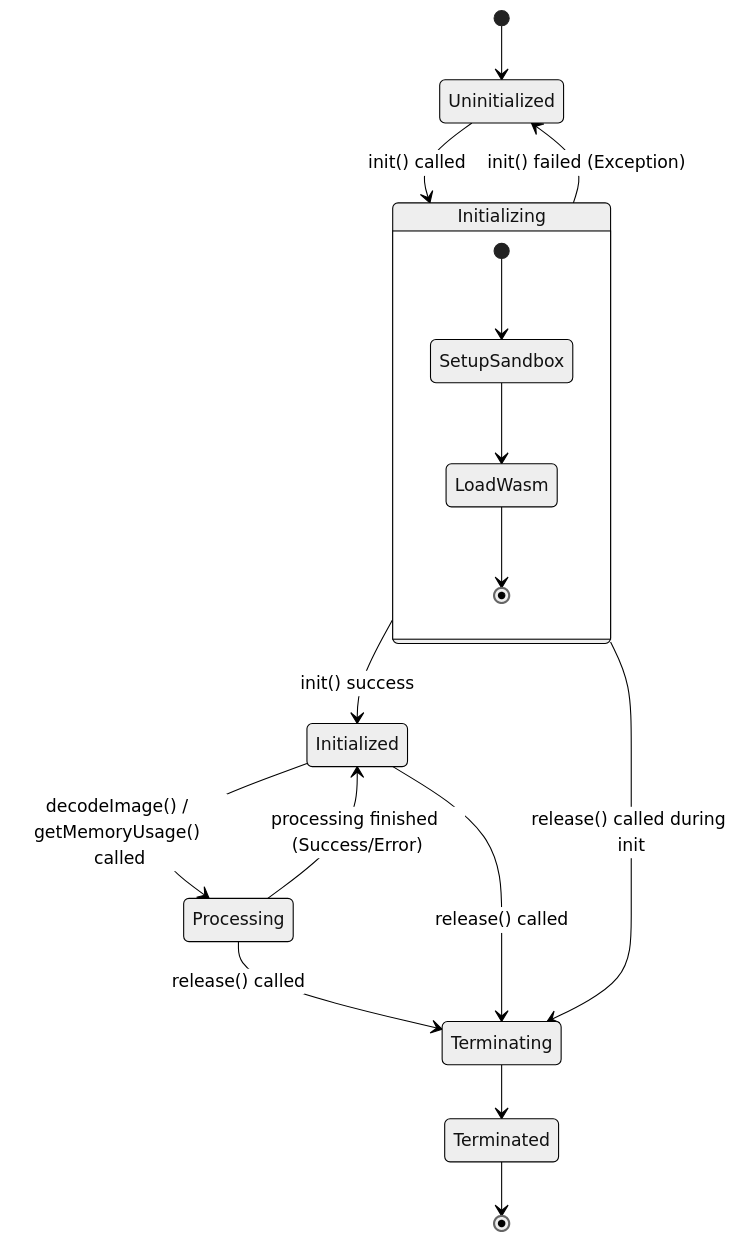
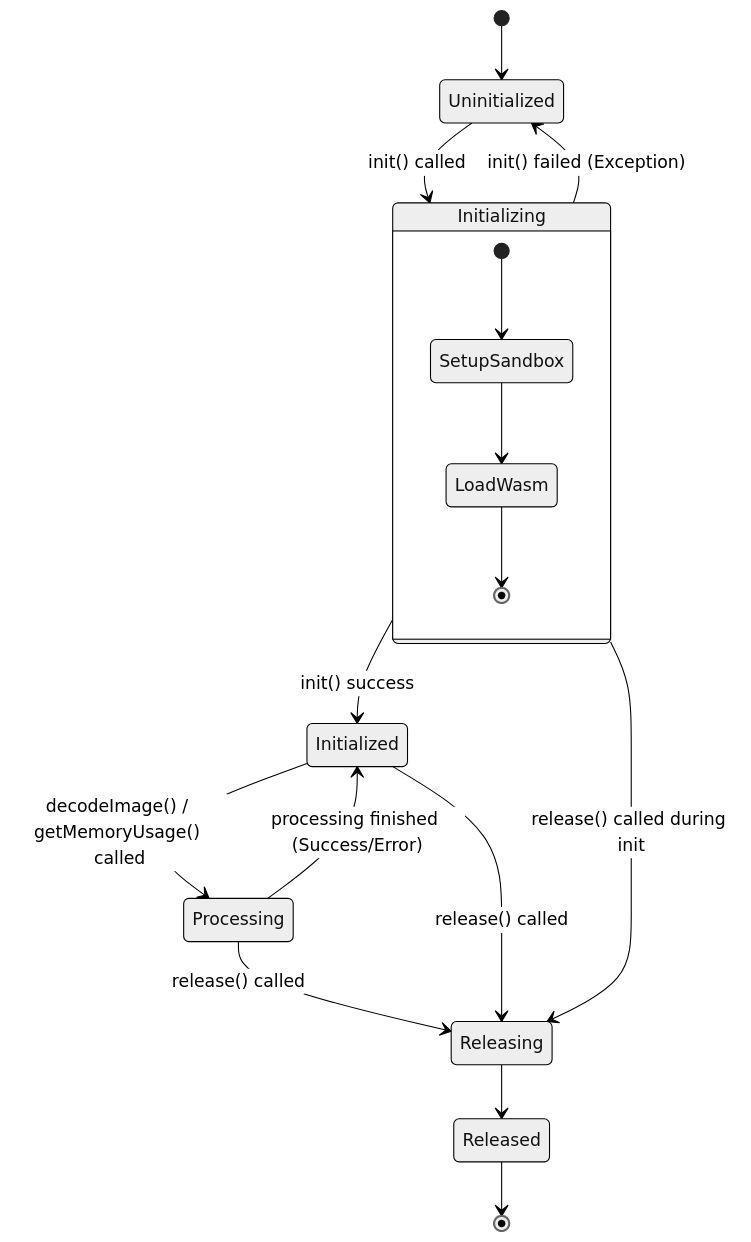
Before and after one commit to keiji/jp2k-decoder-android: the third of 3 diagrams in docs/design.md, drawn with Mermaid (neutral theme). The commit also changed other lines of this file and 3 other files, not shown here.

````diff
--- a/docs/design.md
+++ b/docs/design.md
@@ -113,26 +113,26 @@
 ```mermaid
 stateDiagram-v2
     [*] --> Uninitialized
 
     Uninitialized --> Initializing : init() called
 
     state Initializing {
         [*] --> SetupSandbox
         SetupSandbox --> LoadWasm
         LoadWasm --> [*]
     }
 
     Initializing --> Initialized : init() success
     Initializing --> Uninitialized : init() failed (Exception)
-    Initializing --> Terminating : release() called during init
+    Initializing --> Releasing : release() called during init
 
     Initialized --> Processing : decodeImage() / getMemoryUsage() called
     Processing --> Initialized : processing finished (Success/Error)
 
-    Processing --> Terminating : release() called
+    Processing --> Releasing : release() called
 
-    Initialized --> Terminating : release() called
+    Initialized --> Releasing : release() called
 
-    Terminating --> Terminated
-    Terminated --> [*]
+    Releasing --> Released
+    Released --> [*]
 ```
````
